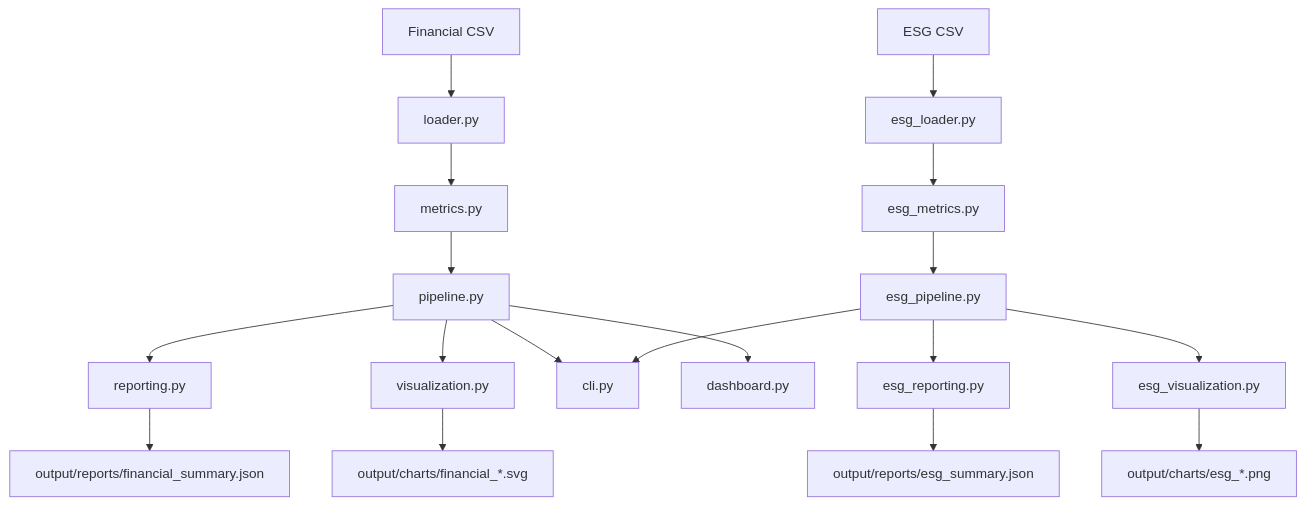
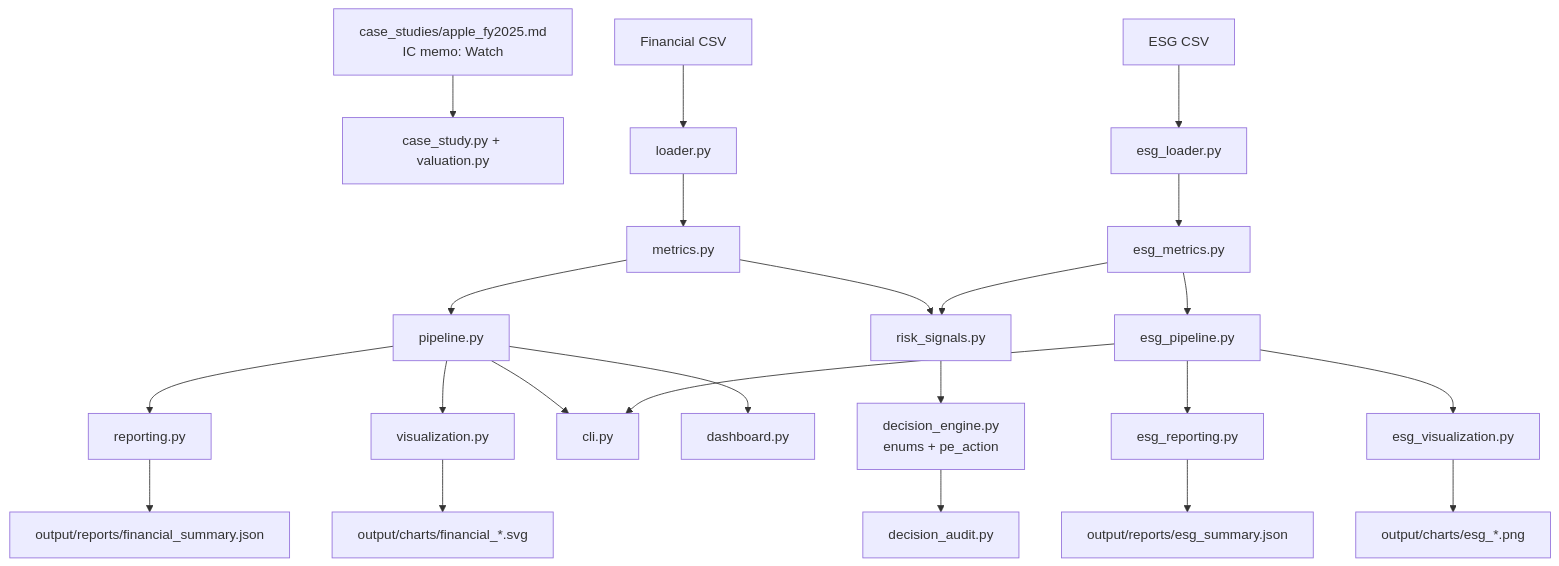
One commit to Kozphy/financial-analysis-tool changed the diagram in docs/architecture.md. Above: the diagram before and after it, drawn with Mermaid. The commit also changed other lines of this file and 14 other files, not shown here.

Commit message:
Reposition repo as PE/Growth Equity underwriting with Apple IC memo.

````diff
--- a/docs/architecture.md
+++ b/docs/architecture.md
@@ -12,22 +26,28 @@
 ```mermaid
 flowchart TD
+    CS["case_studies/apple_fy2025.md<br/>IC memo: Watch"] --> V["case_study.py + valuation.py"]
     A["Financial CSV"] --> B["loader.py"]
     B --> C["metrics.py"]
     C --> D["pipeline.py"]
     D --> E["reporting.py"]
     D --> F["visualization.py"]
     D --> G["cli.py"]
     D --> H["dashboard.py"]
 
     I["ESG CSV"] --> J["esg_loader.py"]
     J --> K["esg_metrics.py"]
     K --> L["esg_pipeline.py"]
     L --> M["esg_reporting.py"]
     L --> N["esg_visualization.py"]
     L --> G
 
+    C --> RS["risk_signals.py"]
+    K --> RS
+    RS --> DE["decision_engine.py<br/>enums + pe_action"]
+    DE --> AUD["decision_audit.py"]
+
     E --> O["output/reports/financial_summary.json"]
     F --> P["output/charts/financial_*.svg"]
     M --> Q["output/reports/esg_summary.json"]
     N --> R["output/charts/esg_*.png"]
 ```
````
